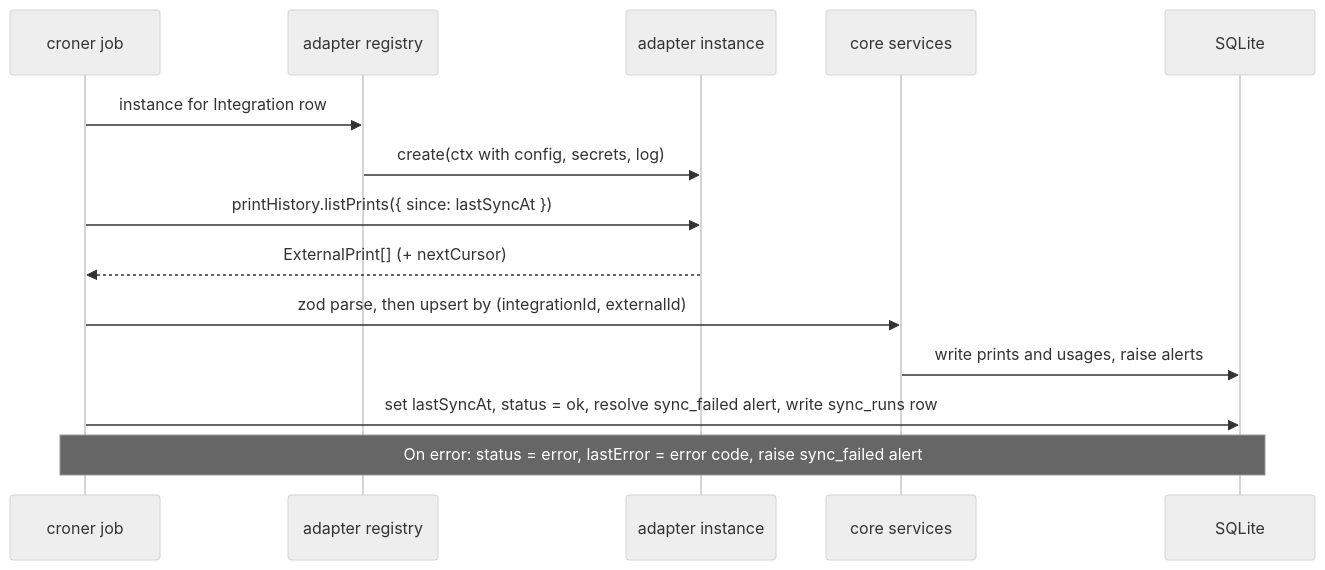
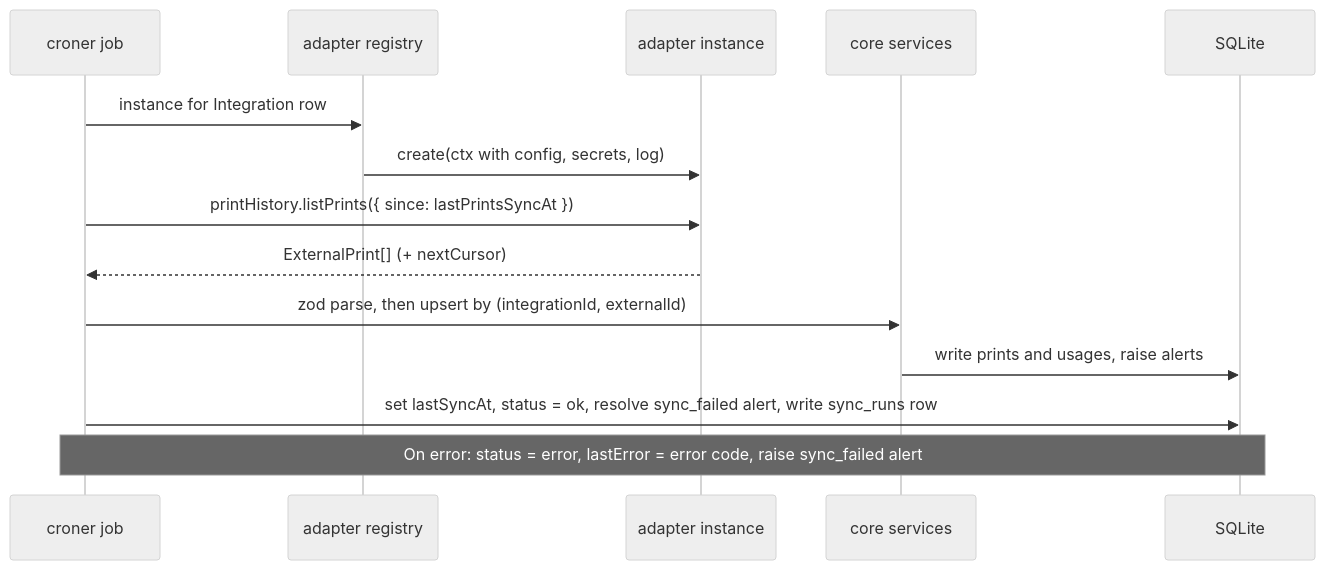
The third of 3 diagrams in docs/architecture.md (emanuelmoniz/3d-maker-suite), drawn with Mermaid (neutral theme) before and after one commit. The commit also changed other lines of this file and 19 other files, not shown here.

````diff
--- a/docs/architecture.md
+++ b/docs/architecture.md
@@ -199,16 +199,16 @@
 ```mermaid
 sequenceDiagram
   participant Job as croner job
   participant Reg as adapter registry
   participant Ad as adapter instance
   participant Core as core services
   participant DB as SQLite
   Job->>Reg: instance for Integration row
   Reg->>Ad: create(ctx with config, secrets, log)
-  Job->>Ad: printHistory.listPrints({ since: lastSyncAt })
+  Job->>Ad: printHistory.listPrints({ since: lastPrintsSyncAt })
   Ad-->>Job: ExternalPrint[] (+ nextCursor)
   Job->>Core: zod parse, then upsert by (integrationId, externalId)
   Core->>DB: write prints and usages, raise alerts
   Job->>DB: set lastSyncAt, status = ok, resolve sync_failed alert, write sync_runs row
   Note over Job,DB: On error: status = error, lastError = error code, raise sync_failed alert
 ```
````
